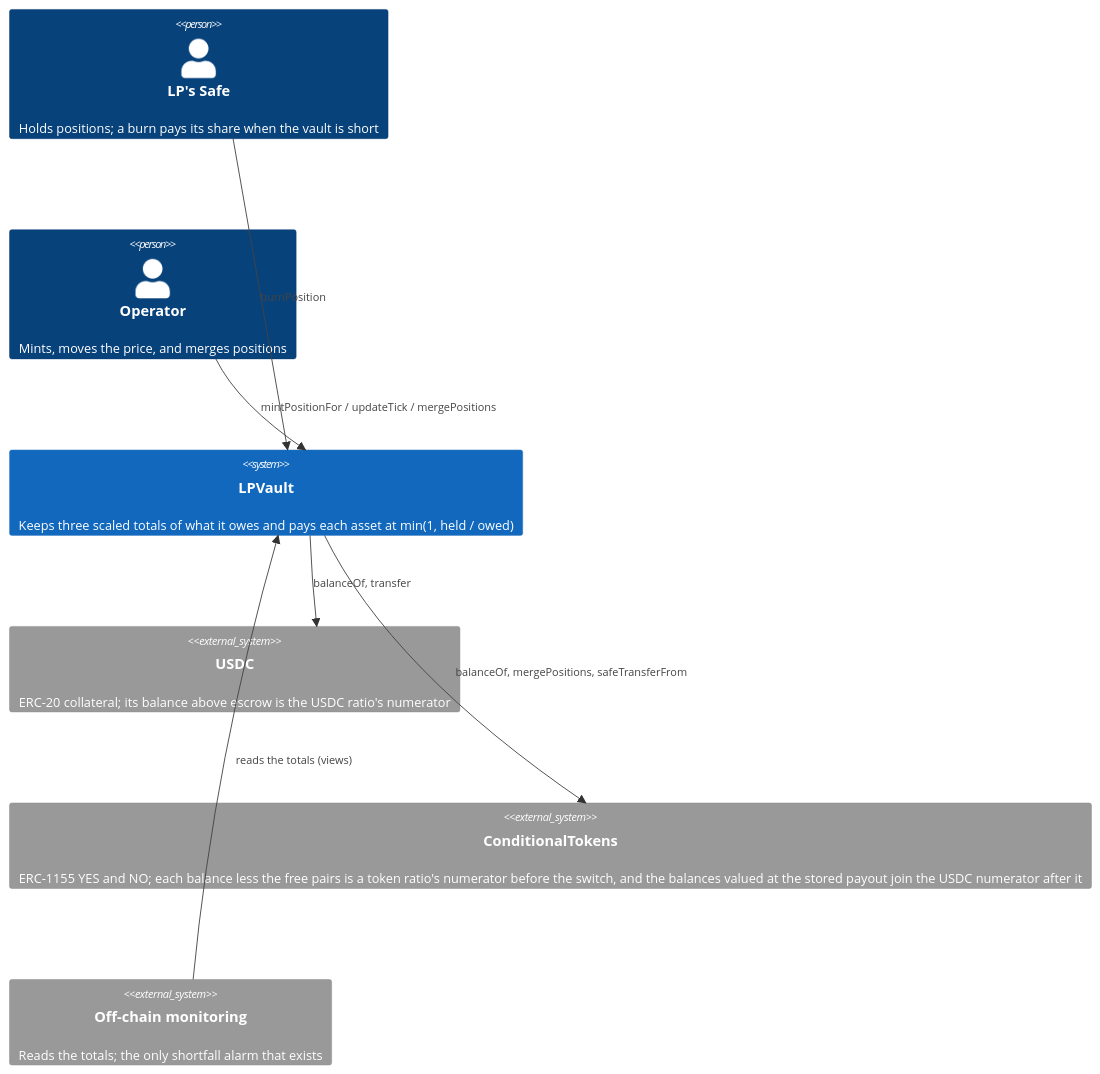
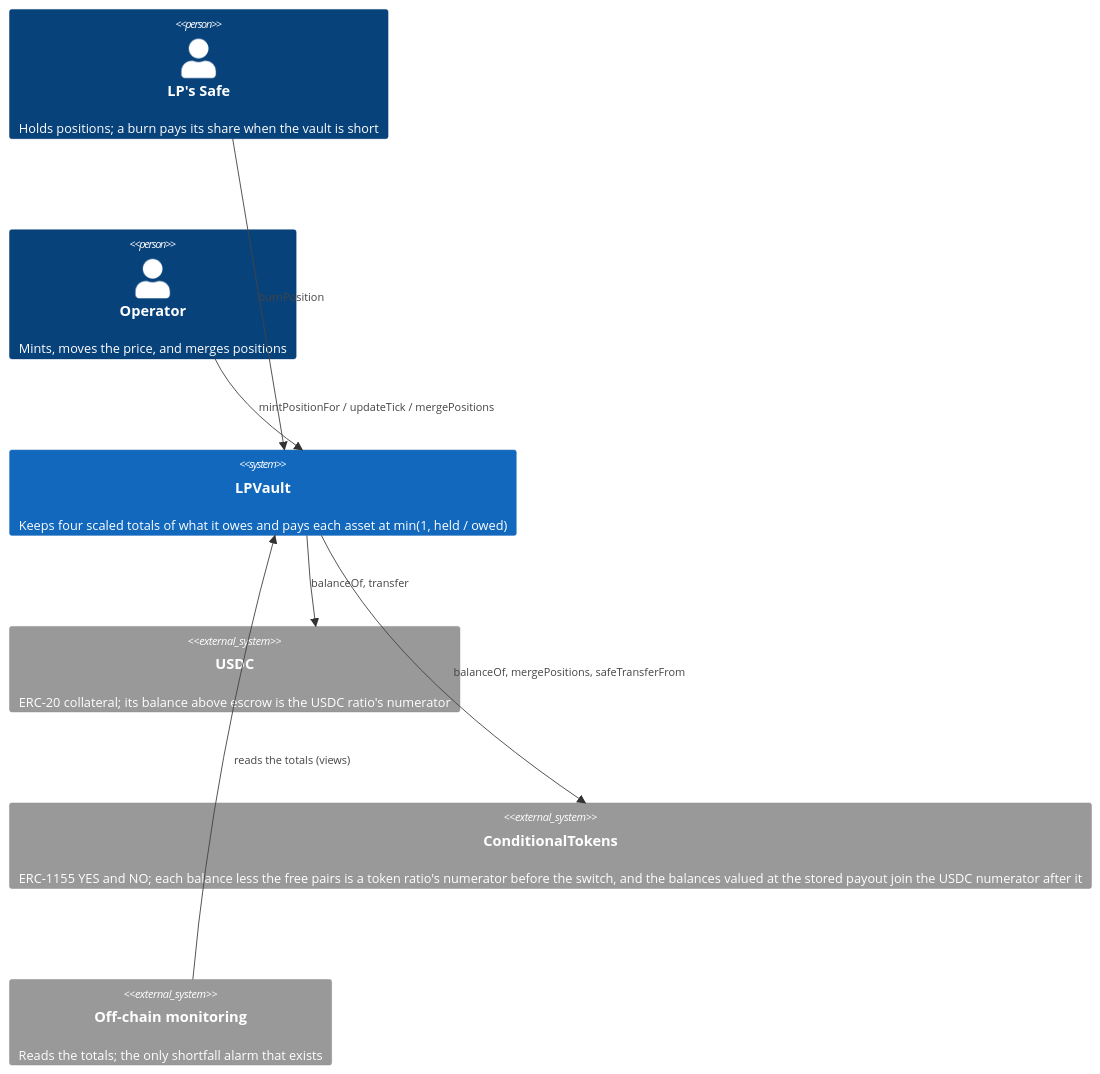
One commit to ProphetMarket/lp-vaults changed the first of 4 diagrams in specs/features/contracts/FEAT-9BQZ-vault-solvency-ledger/ARCHITECTURE.md. Above: the diagram before and after it, drawn with Mermaid. The commit also changed other lines of this file and 45 other files, not shown here.

````diff
--- a/specs/features/contracts/FEAT-9BQZ-vault-solvency-ledger/ARCHITECTURE.md
+++ b/specs/features/contracts/FEAT-9BQZ-vault-solvency-ledger/ARCHITECTURE.md
@@ -13,15 +13,15 @@
 ```mermaid
 C4Context
     Person(lp, "LP's Safe", "Holds positions; a burn pays its share when the vault is short")
     Person(operator, "Operator", "Mints, moves the price, and merges positions")
-    System(vault, "LPVault", "Keeps three scaled totals of what it owes and pays each asset at min(1, held / owed)")
+    System(vault, "LPVault", "Keeps four scaled totals of what it owes and pays each asset at min(1, held / owed)")
     System_Ext(usdc, "USDC", "ERC-20 collateral; its balance above escrow is the USDC ratio's numerator")
     System_Ext(ct, "ConditionalTokens", "ERC-1155 YES and NO; each balance less the free pairs is a token ratio's numerator before the switch, and the balances valued at the stored payout join the USDC numerator after it")
     System_Ext(monitor, "Off-chain monitoring", "Reads the totals; the only shortfall alarm that exists")
 
     Rel(lp, vault, "burnPosition")
     Rel(operator, vault, "mintPositionFor / updateTick / mergePositions")
     Rel(vault, usdc, "balanceOf, transfer")
     Rel(vault, ct, "balanceOf, mergePositions, safeTransferFrom")
     Rel(monitor, vault, "reads the totals (views)")
 ```
````
